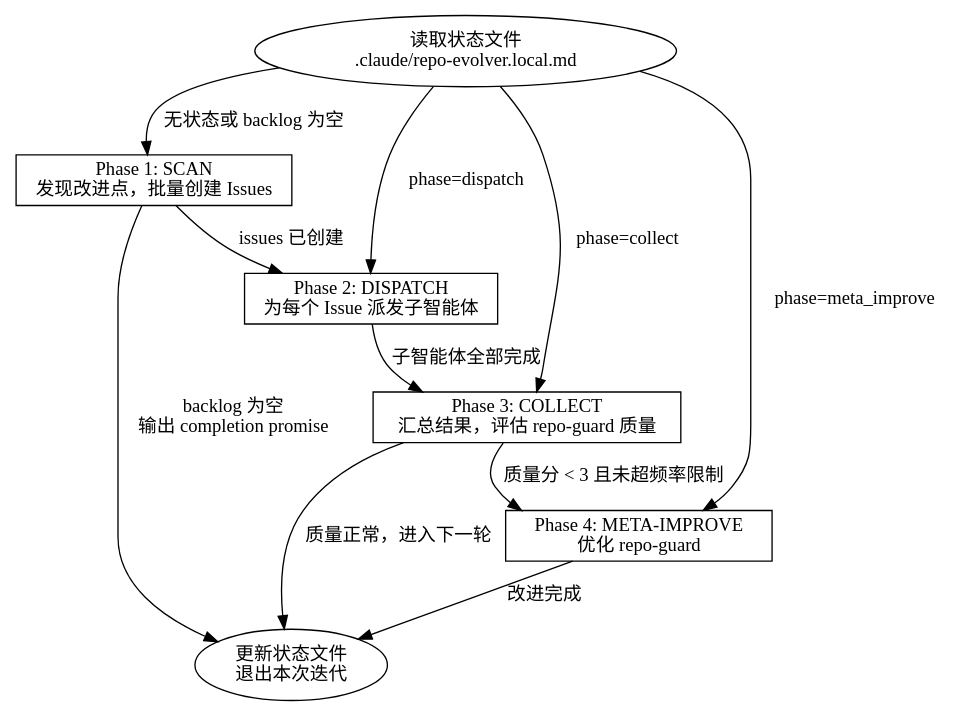
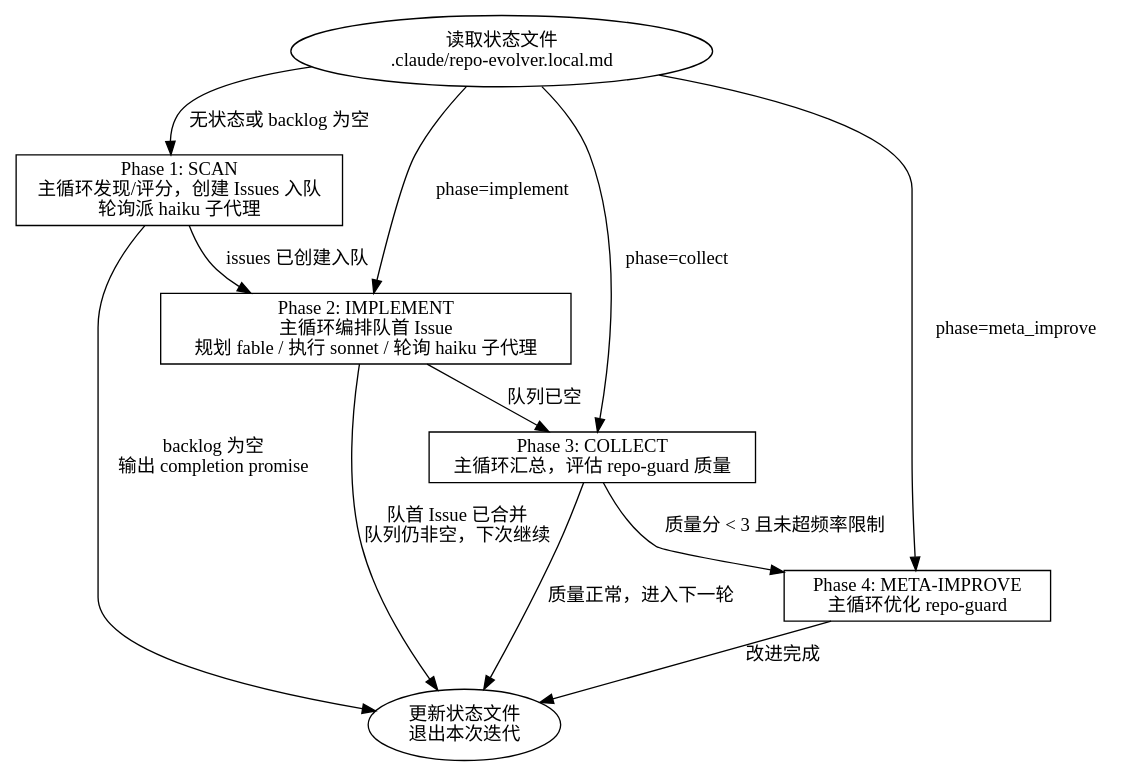
Before and after one commit to ceilf6/ceilf6-skills: the diagram in repo-evolver/SKILL.md, drawn with Graphviz. The commit also changed other lines of this file and 3 other files, not shown here.

````diff
--- a/repo-evolver/SKILL.md
+++ b/repo-evolver/SKILL.md
@@ -47,25 +47,26 @@
 ```dot
 digraph repo_evolver {
     rankdir=TB;
     node [shape=box];
 
     init [label="读取状态文件\n.claude/repo-evolver.local.md" shape=ellipse];
-    scan [label="Phase 1: SCAN\n发现改进点，批量创建 Issues"];
-    dispatch [label="Phase 2: DISPATCH\n为每个 Issue 派发子智能体"];
-    collect [label="Phase 3: COLLECT\n汇总结果，评估 repo-guard 质量"];
-    meta [label="Phase 4: META-IMPROVE\n优化 repo-guard"];
+    scan [label="Phase 1: SCAN\n主循环发现/评分，创建 Issues 入队\n轮询派 haiku 子代理"];
+    implement [label="Phase 2: IMPLEMENT\n主循环编排队首 Issue\n规划 fable / 执行 sonnet / 轮询 haiku 子代理"];
+    collect [label="Phase 3: COLLECT\n主循环汇总，评估 repo-guard 质量"];
+    meta [label="Phase 4: META-IMPROVE\n主循环优化 repo-guard"];
     done [label="更新状态文件\n退出本次迭代" shape=ellipse];
 
     init -> scan [label="无状态或 backlog 为空"];
-    init -> dispatch [label="phase=dispatch"];
+    init -> implement [label="phase=implement"];
     init -> collect [label="phase=collect"];
     init -> meta [label="phase=meta_improve"];
 
-    scan -> dispatch [label="issues 已创建"];
+    scan -> implement [label="issues 已创建入队"];
     scan -> done [label="backlog 为空\n输出 completion promise"];
-    dispatch -> collect [label="子智能体全部完成"];
+    implement -> done [label="队首 Issue 已合并\n队列仍非空，下次继续"];
+    implement -> collect [label="队列已空"];
     collect -> done [label="质量正常，进入下一轮"];
     collect -> meta [label="质量分 < 3 且未超频率限制"];
     meta -> done [label="改进完成"];
 }
 ```
````
